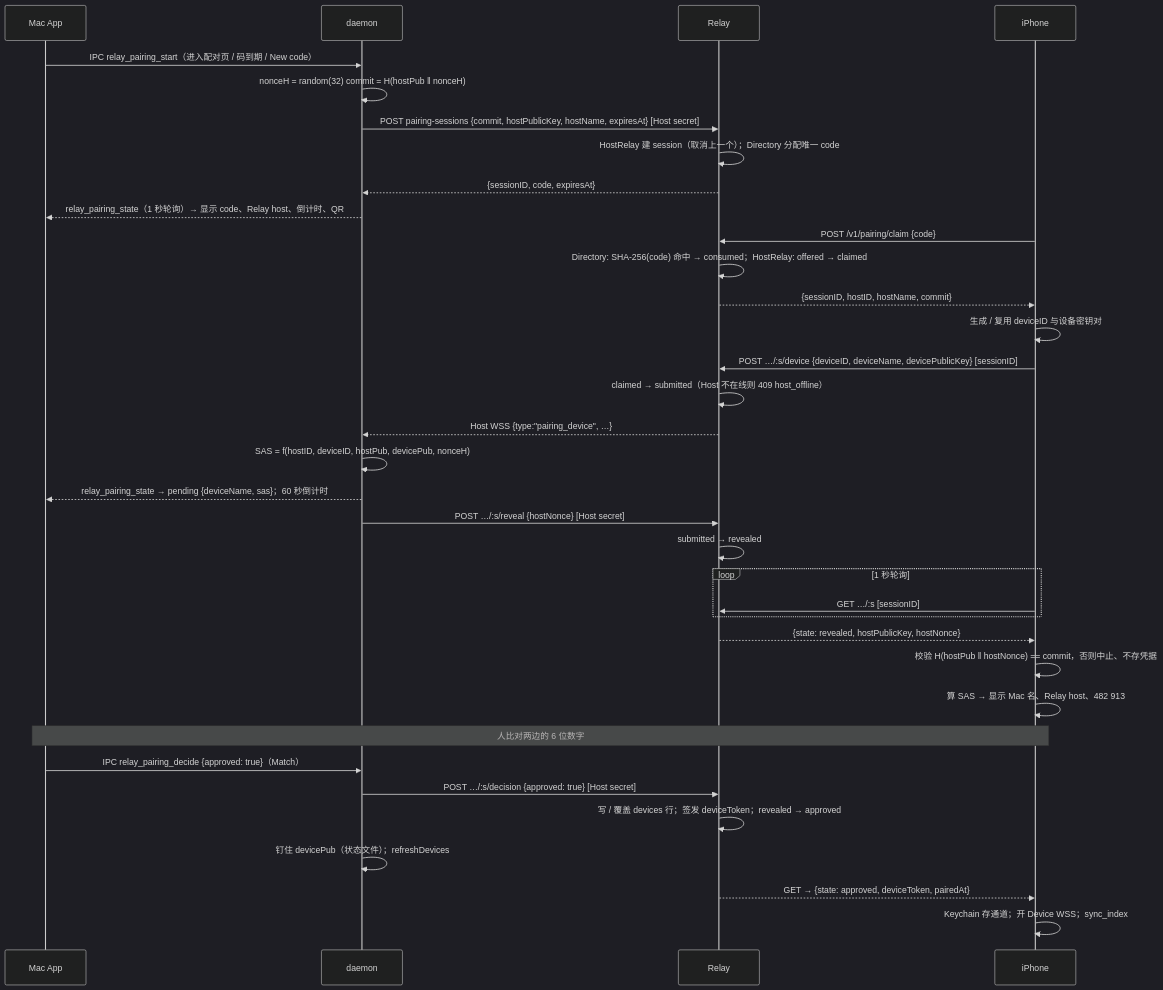
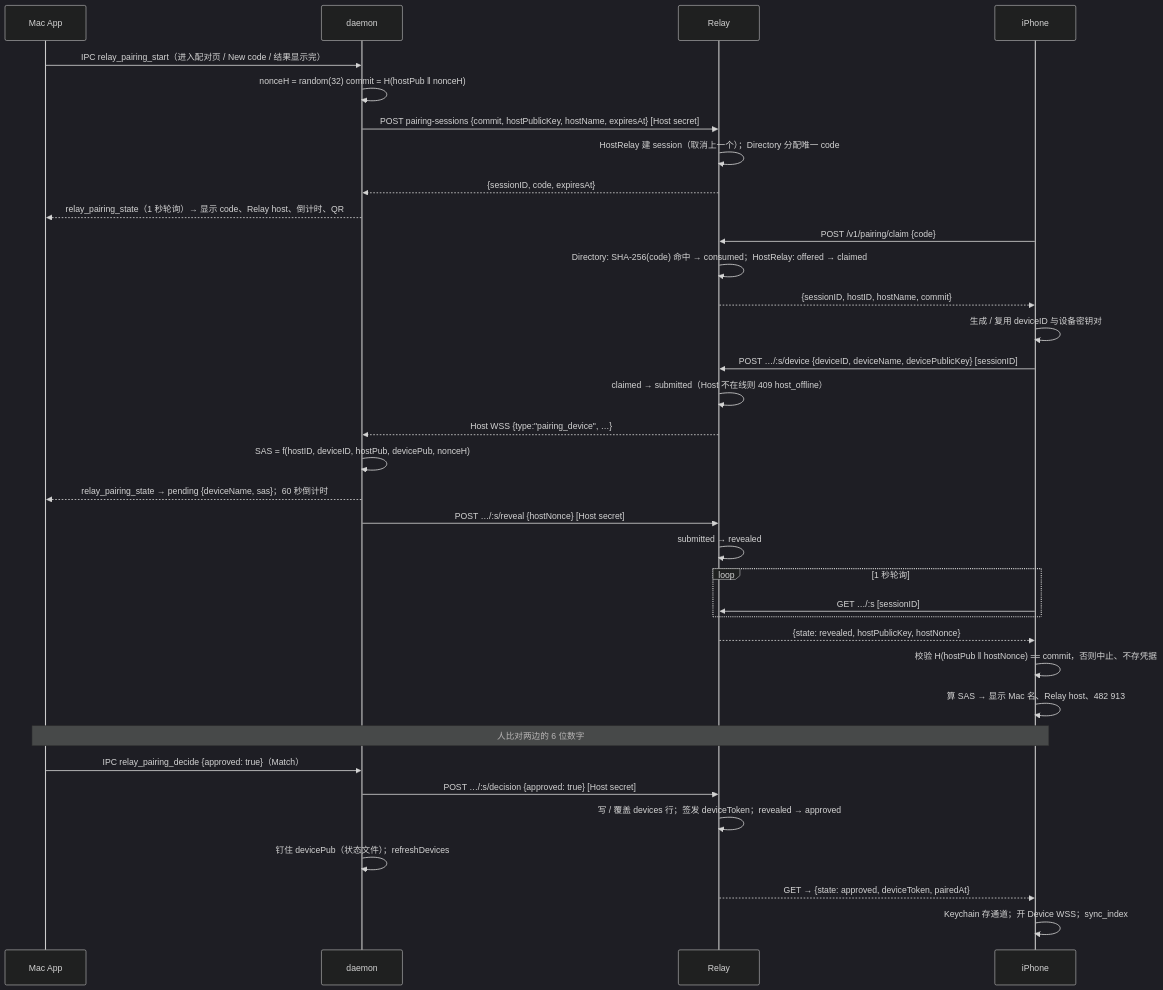
The second of 2 diagrams in docs/design/relay-pairing-security.md (AFutureD/Lumi), drawn with Mermaid (dark theme) before and after one commit. The commit also changed other lines of this file and 15 other files, not shown here.

First line of the commit message:
Pairing: keep an expired code on screen instead of renewing it

````diff
--- a/docs/design/relay-pairing-security.md
+++ b/docs/design/relay-pairing-security.md
@@ -69,42 +69,42 @@
 ```mermaid
 sequenceDiagram
     participant A as Mac App
     participant D as daemon
     participant R as Relay
     participant I as iPhone
 
-    A->>D: IPC relay_pairing_start（进入配对页 / 码到期 / New code）
+    A->>D: IPC relay_pairing_start（进入配对页 / New code / 结果显示完）
     D->>D: nonceH = random(32) commit = H(hostPub ‖ nonceH)
     D->>R: POST pairing-sessions {commit, hostPublicKey, hostName, expiresAt}   [Host secret]
     R->>R: HostRelay 建 session（取消上一个）；Directory 分配唯一 code
     R-->>D: {sessionID, code, expiresAt}
     D-->>A: relay_pairing_state（1 秒轮询）→ 显示 code、Relay host、倒计时、QR
 
     I->>R: POST /v1/pairing/claim {code}
     R->>R: Directory: SHA-256(code) 命中 → consumed；HostRelay: offered → claimed
     R-->>I: {sessionID, hostID, hostName, commit}
     I->>I: 生成 / 复用 deviceID 与设备密钥对
     I->>R: POST …/:s/device {deviceID, deviceName, devicePublicKey}   [sessionID]
     R->>R: claimed → submitted（Host 不在线则 409 host_offline）
     R-->>D: Host WSS {type:"pairing_device", …}
 
     D->>D: SAS = f(hostID, deviceID, hostPub, devicePub, nonceH)
     D-->>A: relay_pairing_state → pending {deviceName, sas}；60 秒倒计时
     D->>R: POST …/:s/reveal {hostNonce}   [Host secret]
     R->>R: submitted → revealed
 
     loop 1 秒轮询
         I->>R: GET …/:s   [sessionID]
     end
     R-->>I: {state: revealed, hostPublicKey, hostNonce}
     I->>I: 校验 H(hostPub ‖ hostNonce) == commit，否则中止、不存凭据
     I->>I: 算 SAS → 显示 Mac 名、Relay host、482 913
 
     Note over A,I: 人比对两边的 6 位数字
     A->>D: IPC relay_pairing_decide {approved: true}（Match）
     D->>R: POST …/:s/decision {approved: true}   [Host secret]
     R->>R: 写 / 覆盖 devices 行；签发 deviceToken；revealed → approved
     D->>D: 钉住 devicePub（状态文件）；refreshDevices
     R-->>I: GET → {state: approved, deviceToken, pairedAt}
     I->>I: Keychain 存通道；开 Device WSS；sync_index
 ```
````
